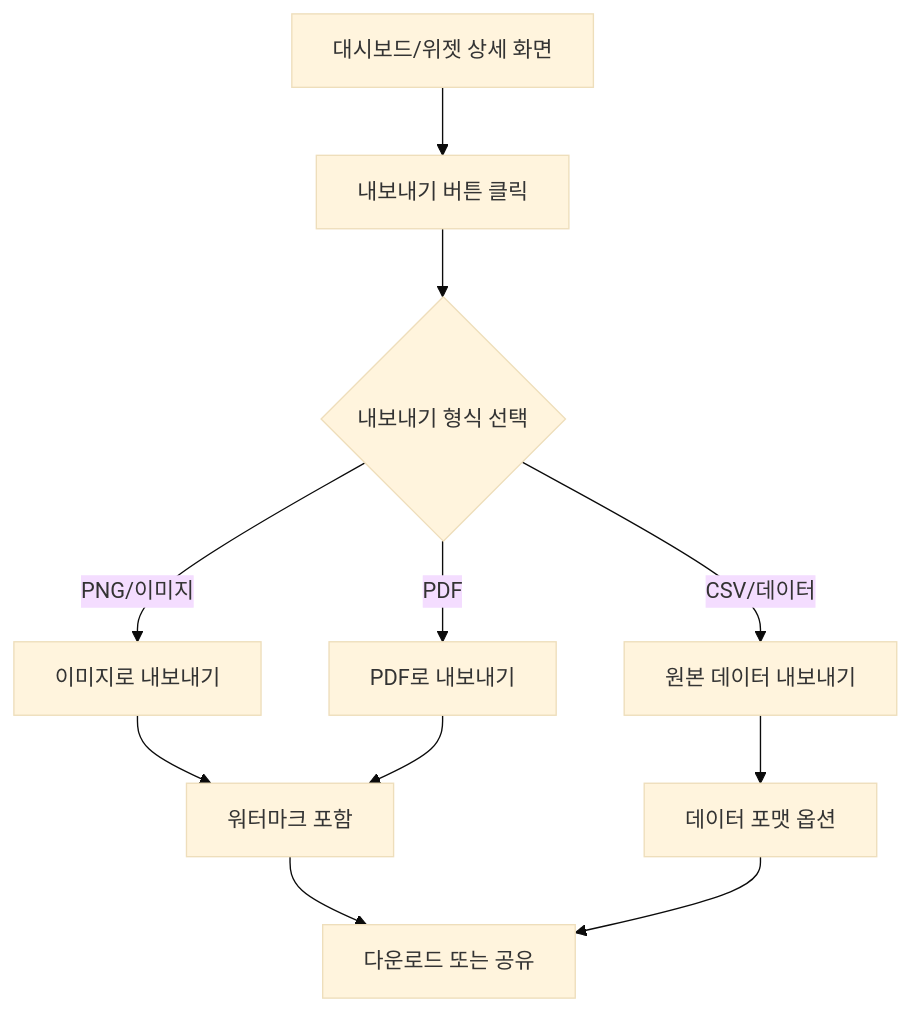
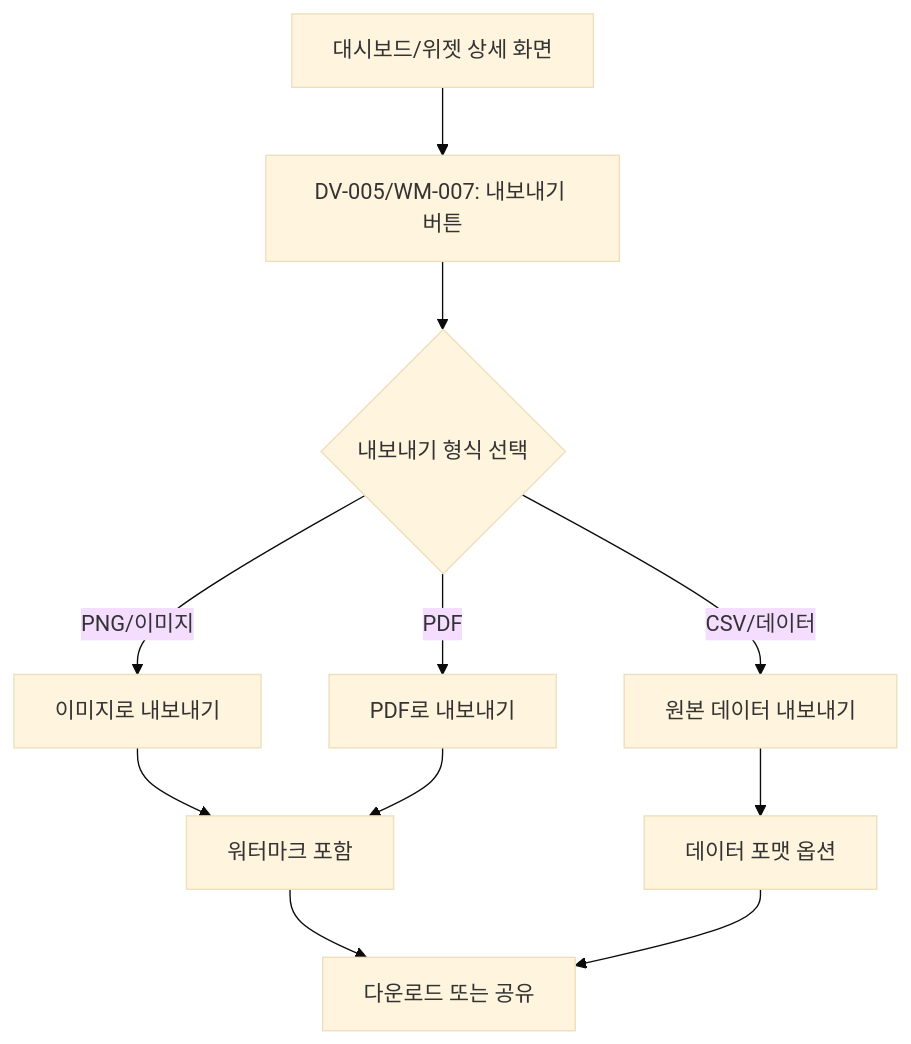
Diagram 15 of 19 in ui-design/user-flows.md (Seungwoo321/etorch-docs), drawn with Mermaid (base theme) before and after one commit. The commit also changed other lines of this file, not shown here.

````diff
--- a/ui-design/user-flows.md
+++ b/ui-design/user-flows.md
@@ -650,15 +602,15 @@
 ```mermaid
 flowchart TD
-    A[대시보드/위젯 상세 화면] --> B[내보내기 버튼 클릭]
+    A[대시보드/위젯 상세 화면] --> B[DV-005/WM-007: 내보내기 버튼]
     B --> C{내보내기 형식 선택}
     C -->|PNG/이미지| D[이미지로 내보내기]
     C -->|PDF| E[PDF로 내보내기]
     C -->|CSV/데이터| F[원본 데이터 내보내기]
     
     D --> G[워터마크 포함]
     E --> G
     F --> H[데이터 포맷 옵션]
     
     G --> I[다운로드 또는 공유]
     H --> I
 ```
````
